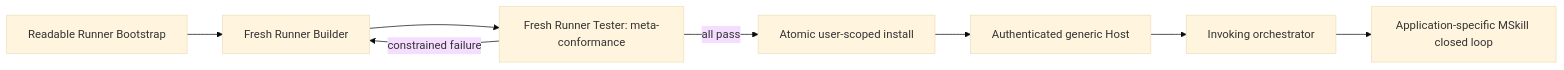
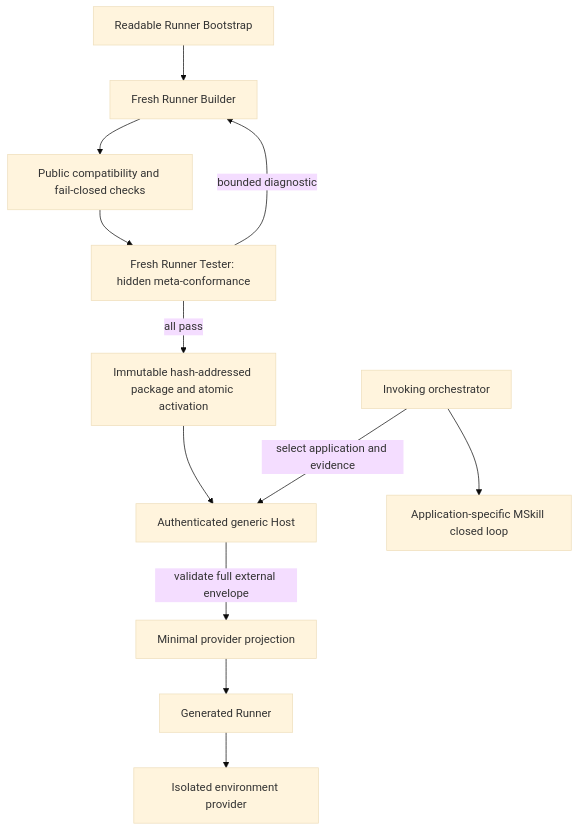
Before and after one commit to allenyllee/monkeyskill: the second of 2 diagrams in docs/evidence-driven-generative-development.md, drawn with Mermaid (base theme). The commit also changed other lines of this file and 1 other file, not shown here.

Commit message:
docs: document generated runner closed loop

````diff
--- a/docs/evidence-driven-generative-development.md
+++ b/docs/evidence-driven-generative-development.md
@@ -285,10 +285,14 @@
 ```mermaid
-flowchart LR
+flowchart TB
     B[Readable Runner Bootstrap] --> RB[Fresh Runner Builder]
-    RB --> RT[Fresh Runner Tester: meta-conformance]
-    RT -- constrained failure --> RB
-    RT -- all pass --> AI[Atomic user-scoped install]
+    RB --> PC[Public compatibility and fail-closed checks]
+    PC --> RT[Fresh Runner Tester: hidden meta-conformance]
+    RT -- bounded diagnostic --> RB
+    RT -- all pass --> AI[Immutable hash-addressed package and atomic activation]
     AI --> H[Authenticated generic Host]
-    H --> O[Invoking orchestrator]
+    H -->|validate full external envelope| P[Minimal provider projection]
+    P --> R[Generated Runner]
+    R --> E[Isolated environment provider]
+    O[Invoking orchestrator] -->|select application and evidence| H
     O --> M[Application-specific MSkill closed loop]
 ```
````
